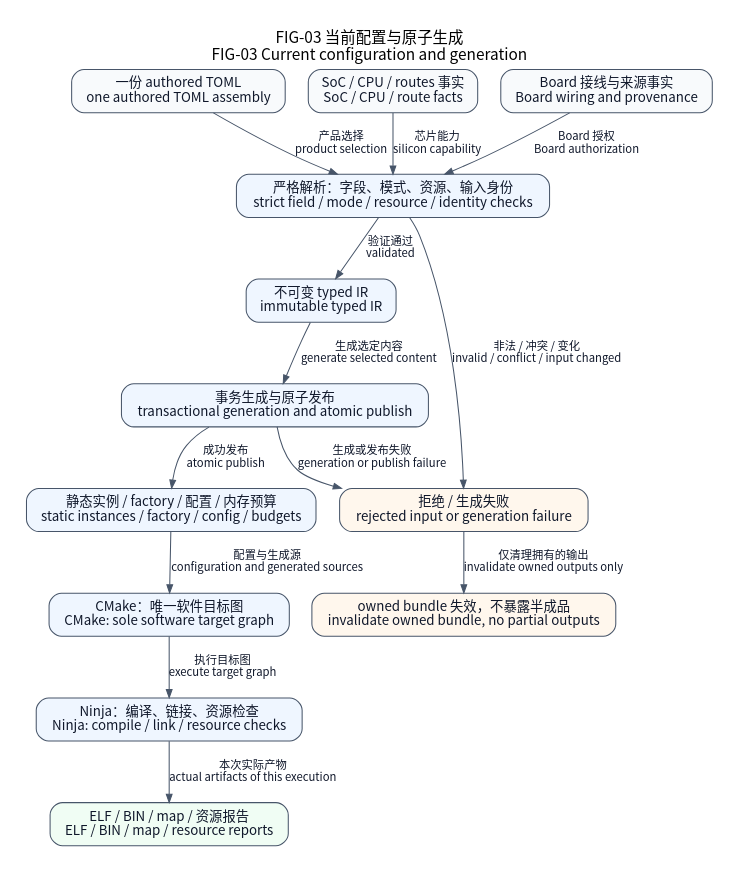
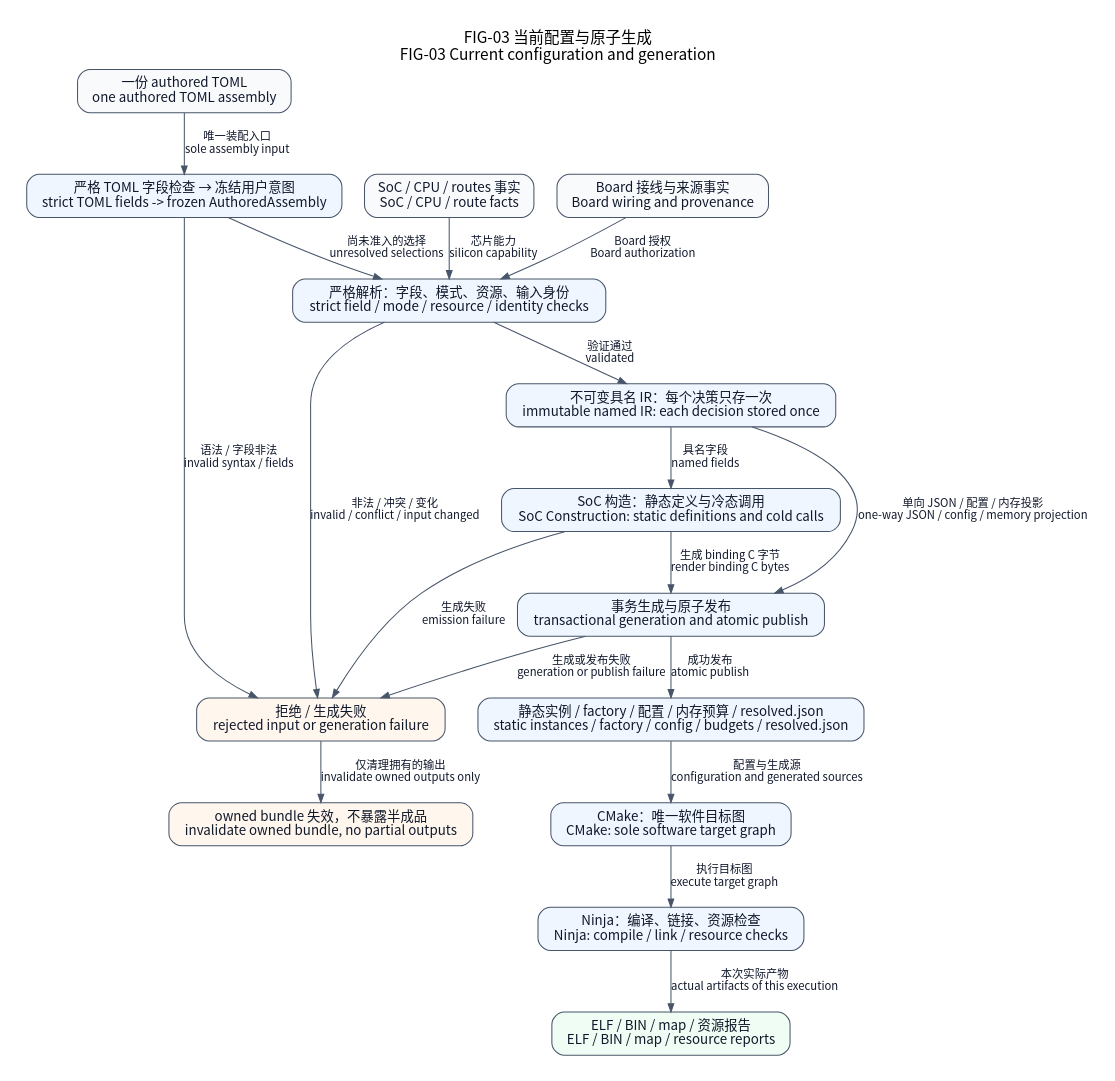
Before and after one commit to X-Gen-Lab/nexus: the diagram in docs/assets/diagrams/configuration-generation.dot, drawn with Graphviz. The commit also changed 262 other files, not shown here.

First line of the commit message:
refactor(platform): unify typed assembly and cold lifecycle contracts

```diff
--- a/docs/assets/diagrams/configuration-generation.dot
+++ b/docs/assets/diagrams/configuration-generation.dot
@@ -1,35 +1,42 @@
 // FIG-03 current: build-time inputs and artifacts.
-// Code basis: 0111c8d3b9c7b37d258b9c401070305b13b6f3a1.
+// Code basis: tools/configure/authored.py, configure.py, ir.py and bindings.py.
 // Edges denote configuration/production flow, not runtime I/O.
 digraph configurationGeneration {
     graph [label="FIG-03 当前配置与原子生成\nFIG-03 Current configuration and generation", fontname="Noto Sans CJK SC", fontsize=15, labelloc=t, rankdir=TB, bgcolor="white", pad=0.25, nodesep=0.30, ranksep=0.50];
     node [shape=box, style="rounded,filled", fillcolor="#eff6ff",
           color="#475569", fontcolor="#0f172a", fontname="Noto Sans CJK SC",
           fontsize=13, margin="0.16,0.10"];
     edge [color="#475569", fontcolor="#0f172a",
           fontname="Noto Sans CJK SC", fontsize=11, arrowsize=0.8];
     assembly [label="一份 authored TOML\none authored TOML assembly", fillcolor="#f8fafc"];
     socFacts [label="SoC / CPU / routes 事实\nSoC / CPU / route facts", fillcolor="#f8fafc"];
     boardFacts [label="Board 接线与来源事实\nBoard wiring and provenance", fillcolor="#f8fafc"];
+    authored [label="严格 TOML 字段检查 → 冻结用户意图\nstrict TOML fields -> frozen AuthoredAssembly"];
     resolver [label="严格解析：字段、模式、资源、输入身份\nstrict field / mode / resource / identity checks"];
-    typedIr [label="不可变 typed IR\nimmutable typed IR"];
+    typedIr [label="不可变具名 IR：每个决策只存一次\nimmutable named IR: each decision stored once"];
+    construction [label="SoC 构造：静态定义与冷态调用\nSoC Construction: static definitions and cold calls"];
     bundle [label="事务生成与原子发布\ntransactional generation and atomic publish"];
-    outputs [label="静态实例 / factory / 配置 / 内存预算\nstatic instances / factory / config / budgets"];
+    outputs [label="静态实例 / factory / 配置 / 内存预算 / resolved.json\nstatic instances / factory / config / budgets / resolved.json"];
     targets [label="CMake：唯一软件目标图\nCMake: sole software target graph"];
     ninja [label="Ninja：编译、链接、资源检查\nNinja: compile / link / resource checks"];
     firmware [label="ELF / BIN / map / 资源报告\nELF / BIN / map / resource reports", fillcolor="#f0fdf4"];
     rejected [label="拒绝 / 生成失败\nrejected input or generation failure", fillcolor="#fff7ed"];
     invalidated [label="owned bundle 失效，不暴露半成品\ninvalidate owned bundle, no partial outputs", fillcolor="#fff7ed"];
-    assembly -> resolver [label="产品选择\nproduct selection"];
+    assembly -> authored [label="唯一装配入口\nsole assembly input"];
+    authored -> resolver [label="尚未准入的选择\nunresolved selections"];
     socFacts -> resolver [label="芯片能力\nsilicon capability"];
     boardFacts -> resolver [label="Board 授权\nBoard authorization"];
     resolver -> typedIr [label="验证通过\nvalidated"];
-    typedIr -> bundle [label="生成选定内容\ngenerate selected content"];
+    typedIr -> construction [label="具名字段\nnamed fields"];
+    construction -> bundle [label="生成 binding C 字节\nrender binding C bytes"];
+    typedIr -> bundle [label="单向 JSON / 配置 / 内存投影\none-way JSON / config / memory projection"];
     bundle -> outputs [label="成功发布\natomic publish"];
     outputs -> targets [label="配置与生成源\nconfiguration and generated sources"];
     targets -> ninja [label="执行目标图\nexecute target graph"];
     ninja -> firmware [label="本次实际产物\nactual artifacts of this execution"];
+    authored -> rejected [label="语法 / 字段非法\ninvalid syntax / fields"];
+    construction -> rejected [label="生成失败\nemission failure"];
     resolver -> rejected [label="非法 / 冲突 / 变化\ninvalid / conflict / input changed"];
     bundle -> rejected [label="生成或发布失败\ngeneration or publish failure"];
     rejected -> invalidated [label="仅清理拥有的输出\ninvalidate owned outputs only"];
 }
```
